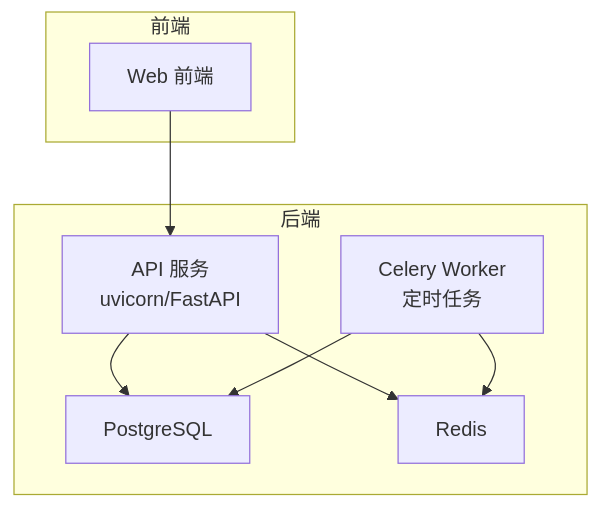
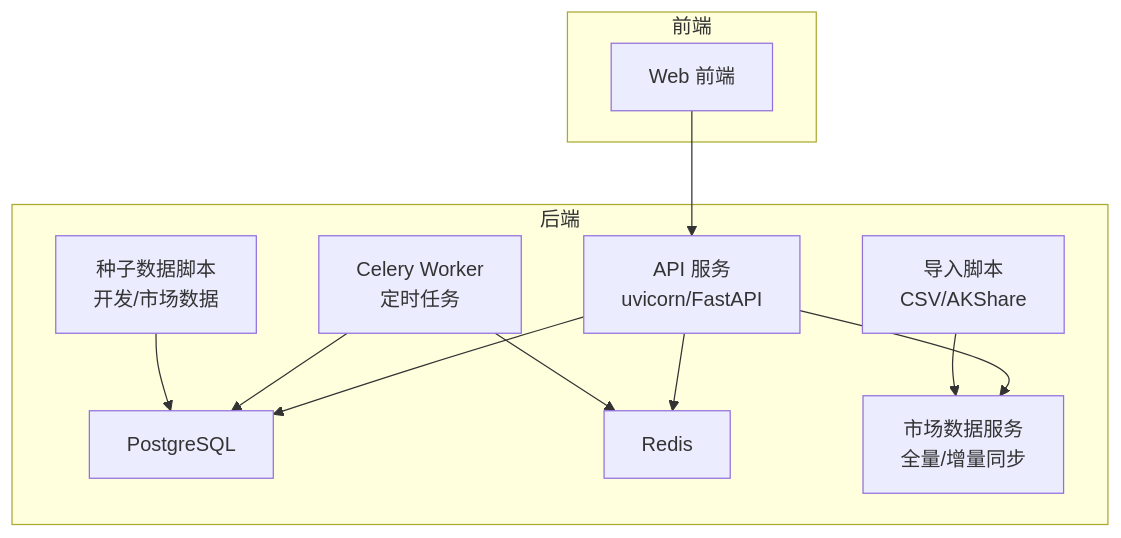
One commit to javelin-dot/llmine-quant changed the first of 6 diagrams in .qoder/repowiki/zh/content/部署与运维/部署与运维.md. Above: the diagram before and after it, drawn with Mermaid. The commit also changed other lines of this file and 19 other files, not shown here.

````diff
--- a/.qoder/repowiki/zh/content/部署与运维/部署与运维.md
+++ b/.qoder/repowiki/zh/content/部署与运维/部署与运维.md
@@ -40,17 +55,23 @@
 ```mermaid
 graph TB
 subgraph "后端"
 API["API 服务<br/>uvicorn/FastAPI"]
 Worker["Celery Worker<br/>定时任务"]
 DB["PostgreSQL"]
 Cache["Redis"]
+MarketService["市场数据服务<br/>全量/增量同步"]
+ImportScripts["导入脚本<br/>CSV/AKShare"]
+SeedScripts["种子数据脚本<br/>开发/市场数据"]
 end
 subgraph "前端"
 FE["Web 前端"]
 end
 FE --> API
 API --> DB
 API --> Cache
+API --> MarketService
 Worker --> Cache
 Worker --> DB
+ImportScripts --> MarketService
+SeedScripts --> DB
 ```
````
